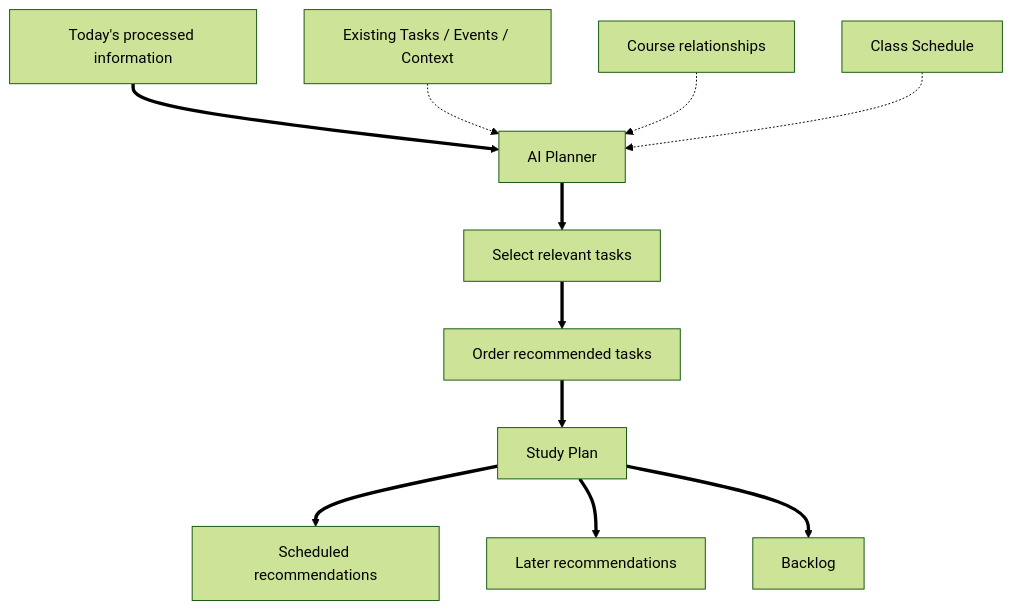
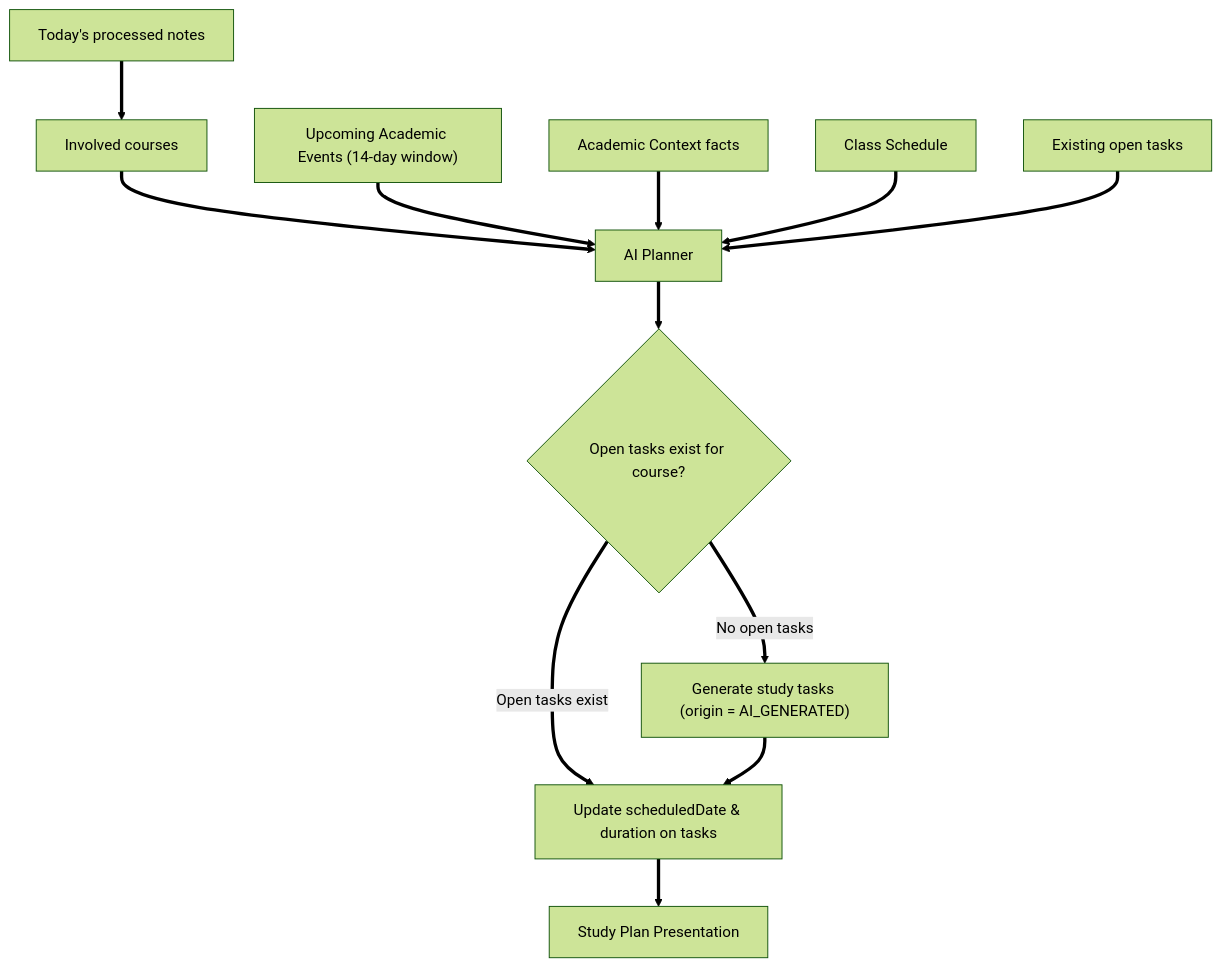
One commit to Peezzied/nyare changed the fourth of 9 diagrams in docs/system-workflows.md. Above: the diagram before and after it, drawn with Mermaid (forest theme). The commit also changed other lines of this file and 5 other files, not shown here.

First line of the commit message:
docs(spec): align planner and task lifecycle with combined flow

````diff
--- a/docs/system-workflows.md
+++ b/docs/system-workflows.md
@@ -122,27 +122,26 @@
 ```mermaid
 flowchart TD
-    Today["Today's processed information"]
+    Today["Today's processed notes"]
+    Courses["Involved courses"]
+    Events["Upcoming Academic Events (14-day window)"]
+    Context["Academic Context facts"]
+    Schedule["Class Schedule"]
+    OpenTasks["Existing open tasks"]
     Planner[AI Planner]
-    Existing["Existing Tasks / Events / Context"]
-    Courses[Course relationships]
-    Schedule[Class Schedule]
-    Select[Select relevant tasks]
-    Order[Order recommended tasks]
-    Plan[Study Plan]
-    Scheduled[Scheduled recommendations]
-    Later[Later recommendations]
-    Backlog[Backlog]
+    Guard{"Open tasks exist for course?"}
+    GenTasks["Generate study tasks (origin = AI_GENERATED)"]
+    UpdateDates["Update scheduledDate & duration on tasks"]
+    Plan[Study Plan Presentation]
 
-    Today ==> Planner
-    Existing -.-> Planner
-    Courses -.-> Planner
-    Schedule -.-> Planner
-
-    Planner ==> Select
-    Select ==> Order
-    Order ==> Plan
-
-    Plan ==> Scheduled
-    Plan ==> Later
-    Plan ==> Backlog
+    Today ==> Courses
+    Courses ==> Planner
+    Events ==> Planner
+    Context ==> Planner
+    Schedule ==> Planner
+    OpenTasks ==> Planner
+    Planner ==> Guard
+    Guard ==>|No open tasks| GenTasks
+    Guard ==>|Open tasks exist| UpdateDates
+    GenTasks ==> UpdateDates
+    UpdateDates ==> Plan
 ```
````
